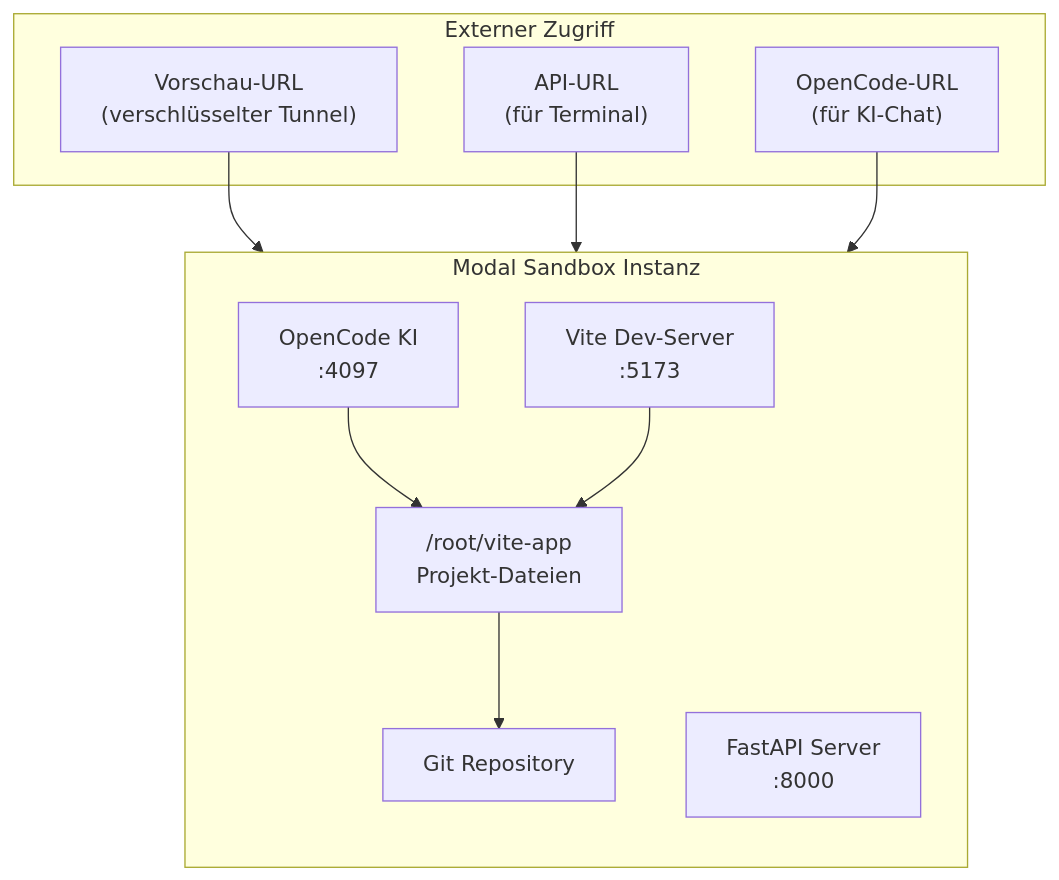
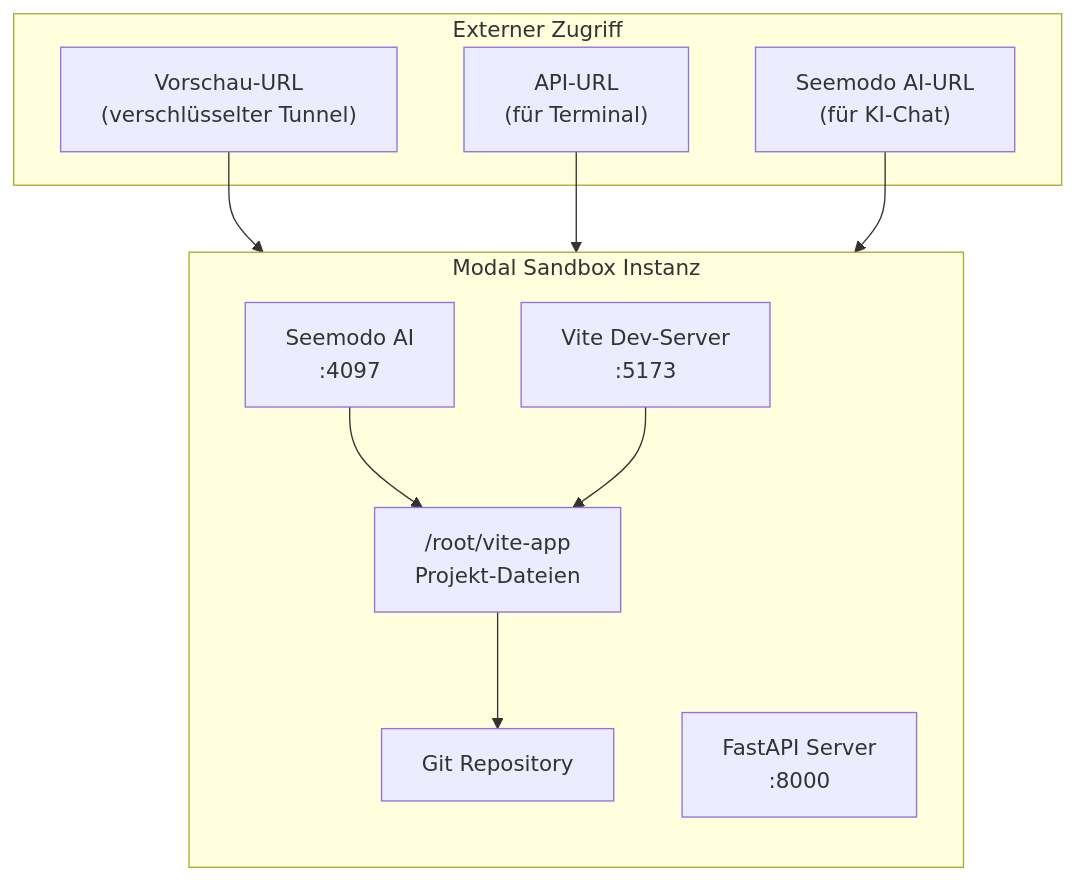
Before and after one commit to Seemodo/docs: the second of 2 diagrams in de/seemodo/sandbox.mdx, drawn with Mermaid. The commit also changed other lines of this file and 23 other files, not shown here.

Commit message:
Update documentation to replace all instances of "OpenCode" with "Seemodo AI" across multiple files, including AGENTS.md, README.md, and various API reference documents, ensuring consistency with the new branding.

````diff
--- a/de/seemodo/sandbox.mdx
+++ b/de/seemodo/sandbox.mdx
@@ -139,24 +139,24 @@
 ```mermaid
 flowchart TB
     subgraph Modal["Modal Sandbox Instanz"]
         direction TB
         ViteServer["Vite Dev-Server\n:5173"]
         FastAPIServer["FastAPI Server\n:8000"]
-        OpenCodeServer["OpenCode KI\n:4097"]
+        SeemodAIServer["Seemodo AI\n:4097"]
         Git["Git Repository"]
         Files["/root/vite-app\nProjekt-Dateien"]
     end
 
     subgraph External["Externer Zugriff"]
         Preview["Vorschau-URL\n(verschlüsselter Tunnel)"]
         API["API-URL\n(für Terminal)"]
-        OpenCode["OpenCode-URL\n(für KI-Chat)"]
+        SeemodAI["Seemodo AI-URL\n(für KI-Chat)"]
     end
 
     Preview --> ViteServer
     API --> FastAPIServer
-    OpenCode --> OpenCodeServer
-    OpenCodeServer --> Files
+    SeemodAI --> SeemodAIServer
+    SeemodAIServer --> Files
     Files --> Git
     ViteServer --> Files
 ```
````
